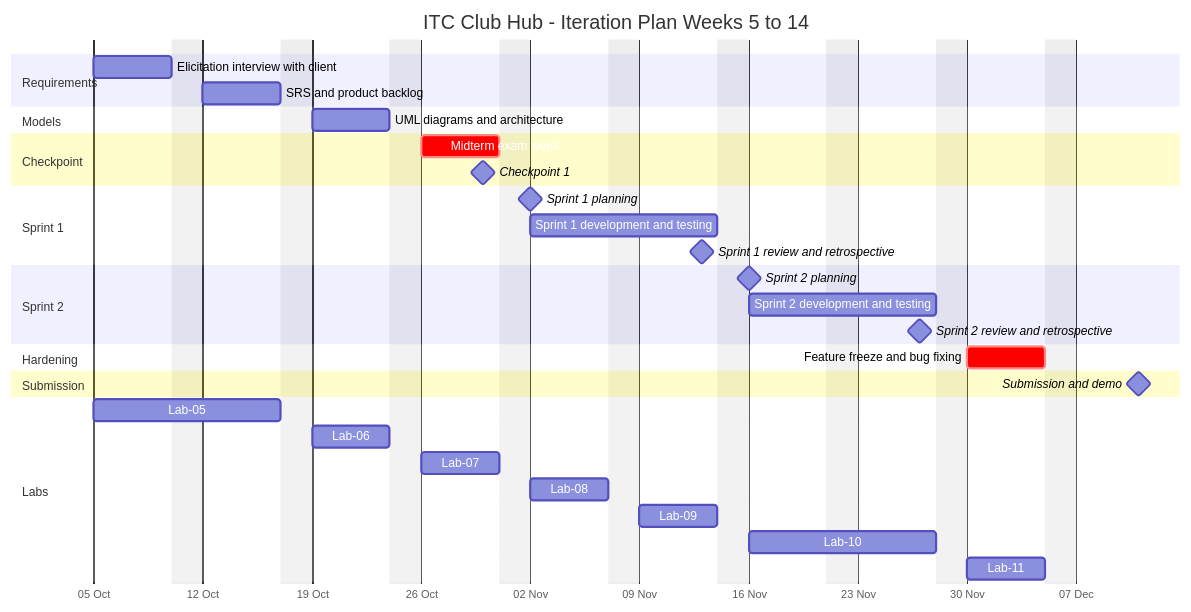
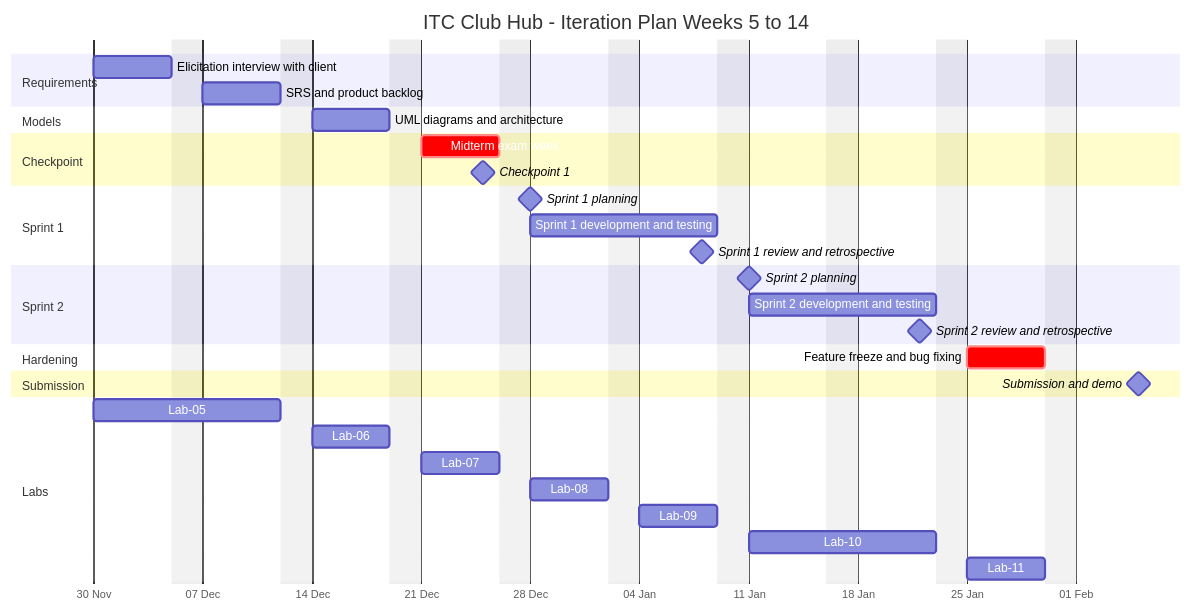
The diagram in lab04/interation-plan.md (sovanvisal7-svg/Clubhub-CodeHater), drawn with Mermaid before and after one commit. The commit also changed other lines of this file, not shown here.

Commit message:
fixing format

````diff
--- a/lab04/interation-plan.md
+++ b/lab04/interation-plan.md
@@ -10,45 +9,45 @@
 ```mermaid
 gantt
     title ITC Club Hub - Iteration Plan Weeks 5 to 14
-    dateFormat 2026-11-25
+    dateFormat YYYY-MM-DD
     axisFormat %d %b
     tickInterval 1week
     weekday monday
     excludes weekends
 
     section Requirements
-    Elicitation interview with client :req1, 2026-10-05, 5d
-    SRS and product backlog           :req2, 2026-10-12, 5d
+    Elicitation interview with client :req1, 2026-11-30, 5d
+    SRS and product backlog           :req2, 2026-12-07, 5d
 
     section Models
-    UML diagrams and architecture     :mod1, 2026-10-19, 5d
+    UML diagrams and architecture     :mod1, 2026-12-14, 5d
 
     section Checkpoint
-    Midterm exam week                 :crit, exam, 2026-10-26, 5d
-    Checkpoint 1                      :milestone, cp1, 2026-10-30, 0d
+    Midterm exam week                 :crit, exam, 2026-12-21, 5d
+    Checkpoint 1                      :milestone, cp1, 2026-12-25, 0d
 
     section Sprint 1
-    Sprint 1 planning                 :milestone, s1p, 2026-11-02, 0d
-    Sprint 1 development and testing  :s1dev, 2026-11-02, 10d
-    Sprint 1 review and retrospective :milestone, s1r, 2026-11-13, 0d
+    Sprint 1 planning                 :milestone, s1p, 2026-12-28, 0d
+    Sprint 1 development and testing  :s1dev, 2026-12-28, 10d
+    Sprint 1 review and retrospective :milestone, s1r, 2027-01-08, 0d
 
     section Sprint 2
-    Sprint 2 planning                 :milestone, s2p, 2026-11-16, 0d
-    Sprint 2 development and testing  :s2dev, 2026-11-16, 10d
-    Sprint 2 review and retrospective :milestone, s2r, 2026-11-27, 0d
+    Sprint 2 planning                 :milestone, s2p, 2027-01-11, 0d
+    Sprint 2 development and testing  :s2dev, 2027-01-11, 10d
+    Sprint 2 review and retrospective :milestone, s2r, 2027-01-22, 0d
 
     section Hardening
-    Feature freeze and bug fixing     :crit, hard, 2026-11-30, 5d
+    Feature freeze and bug fixing     :crit, hard, 2027-01-25, 5d
 
     section Submission
-    Submission and demo               :milestone, sub, 2026-12-11, 0d
+    Submission and demo               :milestone, sub, 2027-02-05, 0d
 
     section Labs
-    Lab-05                            :lab5, 2026-10-05, 10d
-    Lab-06                            :lab6, 2026-10-19, 5d
-    Lab-07                            :lab7, 2026-10-26, 5d
-    Lab-08                            :lab8, 2026-11-02, 5d
-    Lab-09                            :lab9, 2026-11-09, 5d
-    Lab-10                            :lab10, 2026-11-16, 10d
-    Lab-11                            :lab11, 2026-11-30, 5d
+    Lab-05                            :lab5, 2026-11-30, 10d
+    Lab-06                            :lab6, 2026-12-14, 5d
+    Lab-07                            :lab7, 2026-12-21, 5d
+    Lab-08                            :lab8, 2026-12-28, 5d
+    Lab-09                            :lab9, 2027-01-04, 5d
+    Lab-10                            :lab10, 2027-01-11, 10d
+    Lab-11                            :lab11, 2027-01-25, 5d
 ```
````
